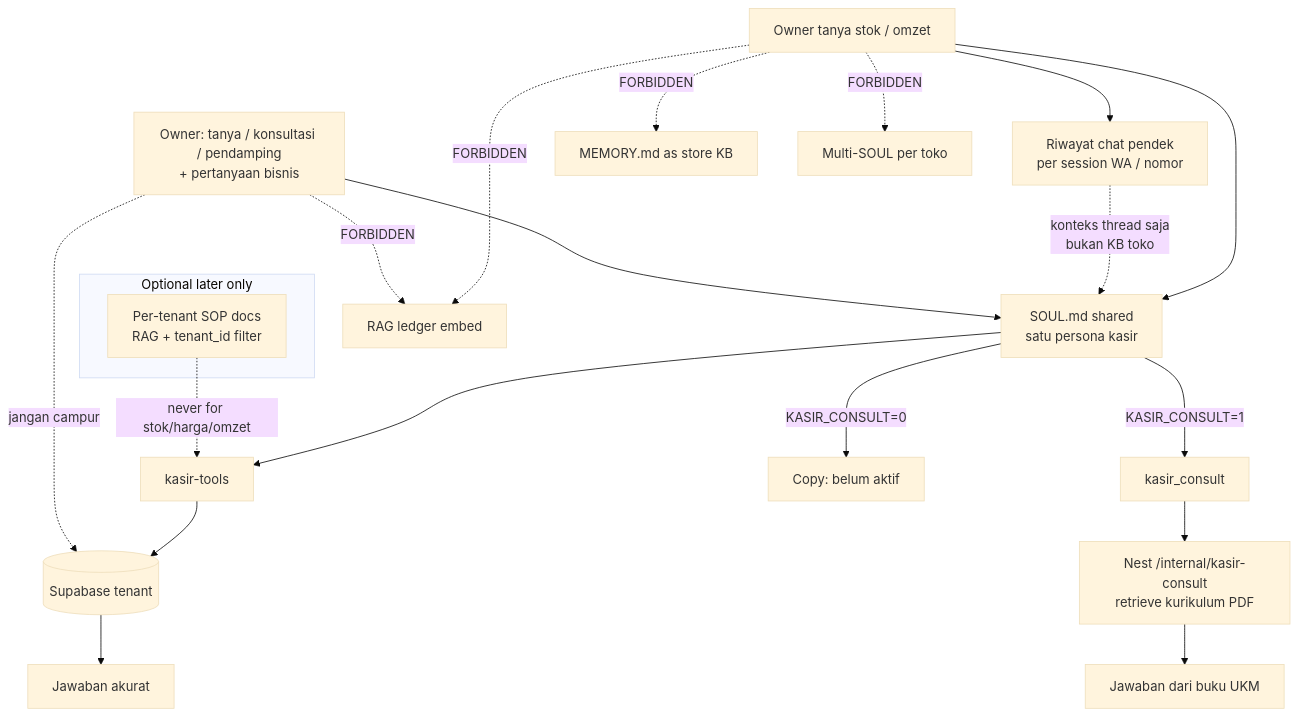
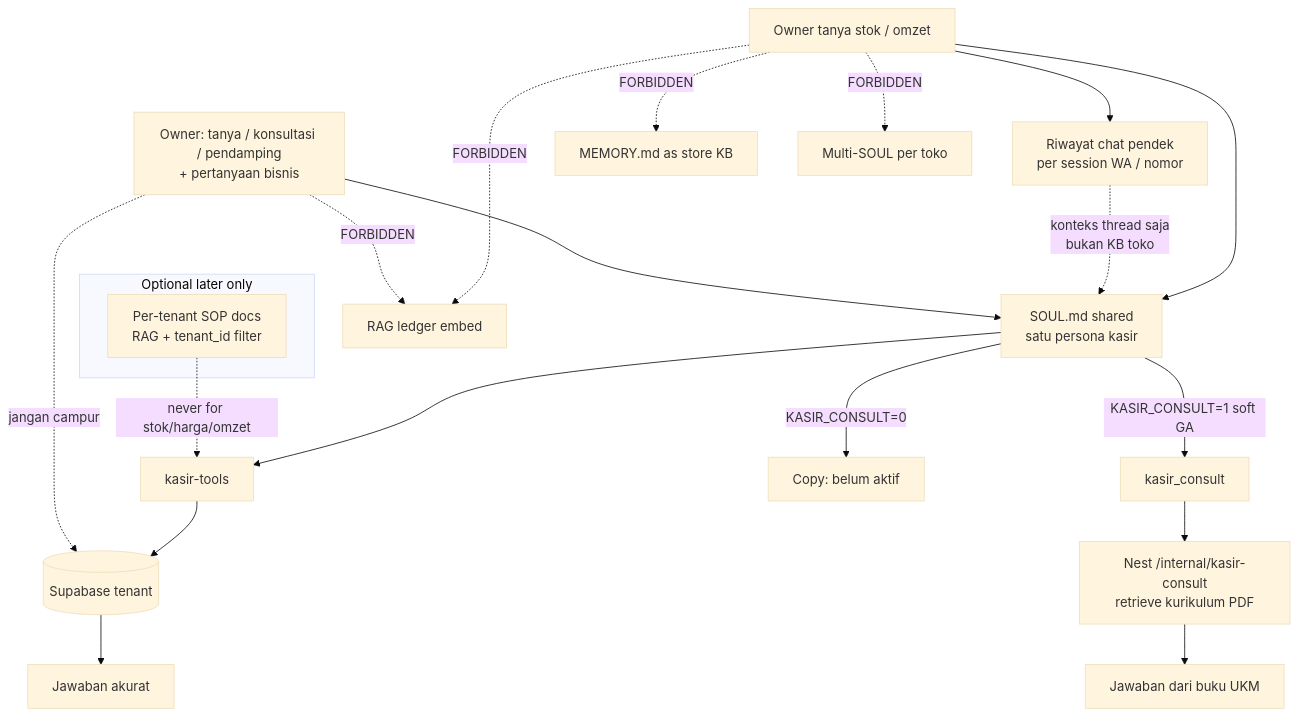
One commit to nusantarasoft/juragan-aibuilder-cup changed the diagram in diagrams/aistudio/umkm-wa/system/L8-knowledge-soul.mmd. Above: the diagram before and after it, drawn with Mermaid (base theme). The commit also changed 20 other files, not shown here.

First line of the commit message:
docs(umkm-wa): sync consult soft GA in pitch, ops, and L0d/L9

```diff
--- a/diagrams/aistudio/umkm-wa/system/L8-knowledge-soul.mmd
+++ b/diagrams/aistudio/umkm-wa/system/L8-knowledge-soul.mmd
@@ -1,29 +1,30 @@
 %% System L8: knowledge + character locks (Q2 / Q3) + kurikulum consult — eng / ops
-%% Facts stok/omzet = tools/DB; short-term chat OK; kurikulum = kasir_consult→Nest RAG (flag).
+%% Facts stok/omzet = tools/DB; short-term chat OK; kurikulum = kasir_consult→Nest RAG.
+%% Prod soft GA: KASIR_CONSULT=1 (2026-09-20). Compose default remains 0.
 %% Never MEMORY/RAG ledger for stok/harga/omzet.
 flowchart TB
   Q[Owner tanya stok / omzet] --> S[SOUL.md shared<br/>satu persona kasir]
   S --> T[kasir-tools]
   T --> DB[(Supabase tenant)]
   DB --> A[Jawaban akurat]
 
   Q --> H[Riwayat chat pendek<br/>per session WA / nomor]
   H -.->|konteks thread saja<br/>bukan KB toko| S
 
   C[Owner: tanya / konsultasi / pendamping<br/>+ pertanyaan bisnis]
   C --> S
-  S -->|KASIR_CONSULT=1| KC[kasir_consult]
+  S -->|KASIR_CONSULT=1 soft GA| KC[kasir_consult]
   KC --> Nest[Nest /internal/kasir-consult<br/>retrieve kurikulum PDF]
   Nest --> Buku[Jawaban dari buku UKM]
   S -->|KASIR_CONSULT=0| Off[Copy: belum aktif]
 
   Q -.->|FORBIDDEN| R[RAG ledger embed]
   Q -.->|FORBIDDEN| M[MEMORY.md as store KB]
   Q -.->|FORBIDDEN| MS[Multi-SOUL per toko]
   C -.->|FORBIDDEN| R
   C -.->|jangan campur| DB
 
   subgraph later["Optional later only"]
     DOC[Per-tenant SOP docs<br/>RAG + tenant_id filter]
   end
   DOC -.->|never for stok/harga/omzet| T
```
